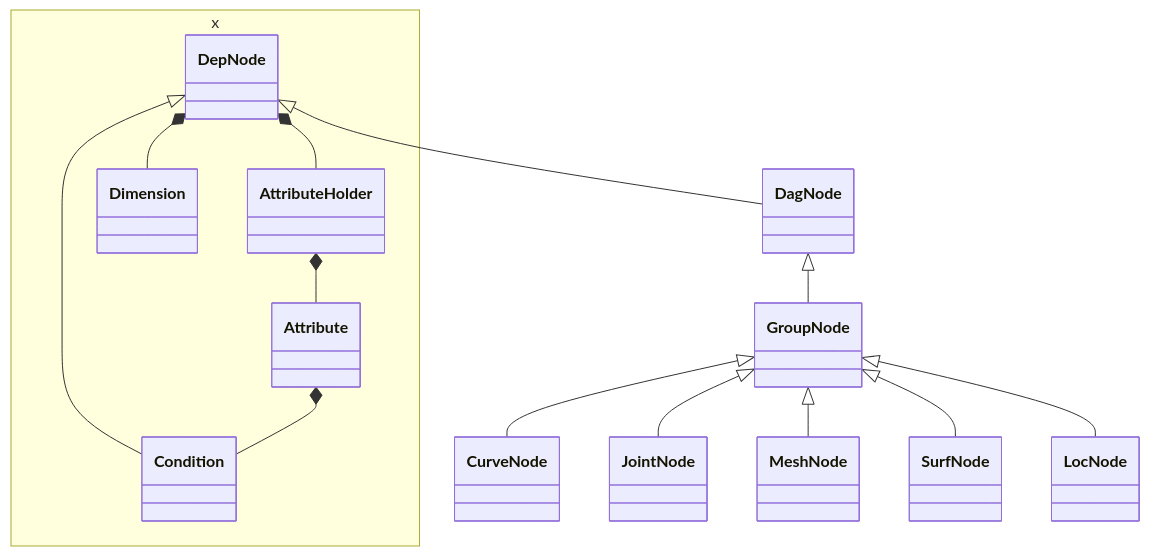
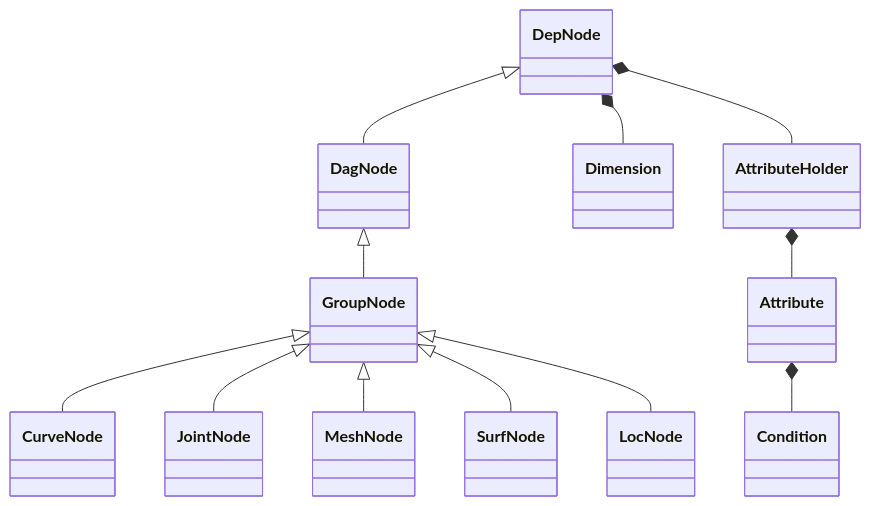
One commit to nickyliux/nl_rigging_tools changed the first of 2 diagrams in README.md. Above: the diagram before and after it, drawn with Mermaid. The commit also changed other lines of this file and 3 other files, not shown here.

````diff
--- a/README.md
+++ b/README.md
@@ -21,24 +21,21 @@
 ```mermaid
 classDiagram
     
     DepNode <|-- DagNode
     DagNode <|-- GroupNode
-    DepNode <|-- Condition
     GroupNode <|-- CurveNode
     GroupNode <|-- JointNode
     GroupNode <|-- MeshNode
     GroupNode <|-- SurfNode
     GroupNode <|-- LocNode
+    
+    DepNode *-- Dimension
+    AttributeHolder *-- Attribute
     DepNode *-- AttributeHolder
-    AttributeHolder *-- Attribute
     Attribute *-- Condition
-    DepNode *-- Dimension
-    namespace x {
-        class DepNode
-        class AttributeHolder
-        class Attribute
-        class Dimension
-        class Condition
-    }
+    class AttributeHolder
+    class Attribute
+    class Condition
+    class Dimension
     
 ```
````
